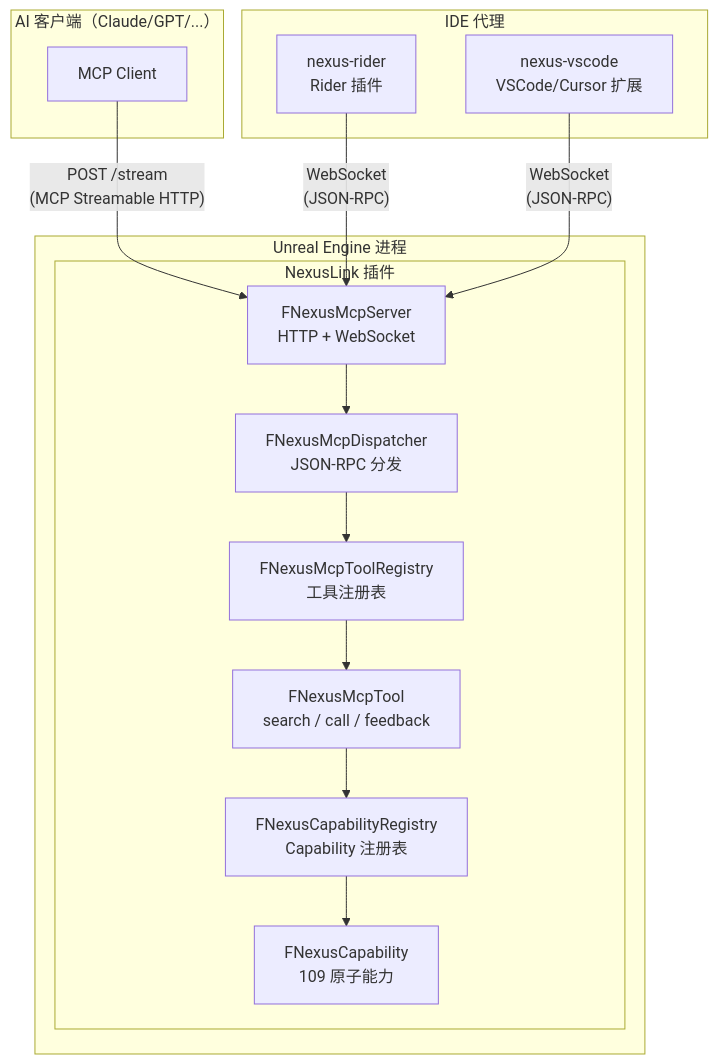
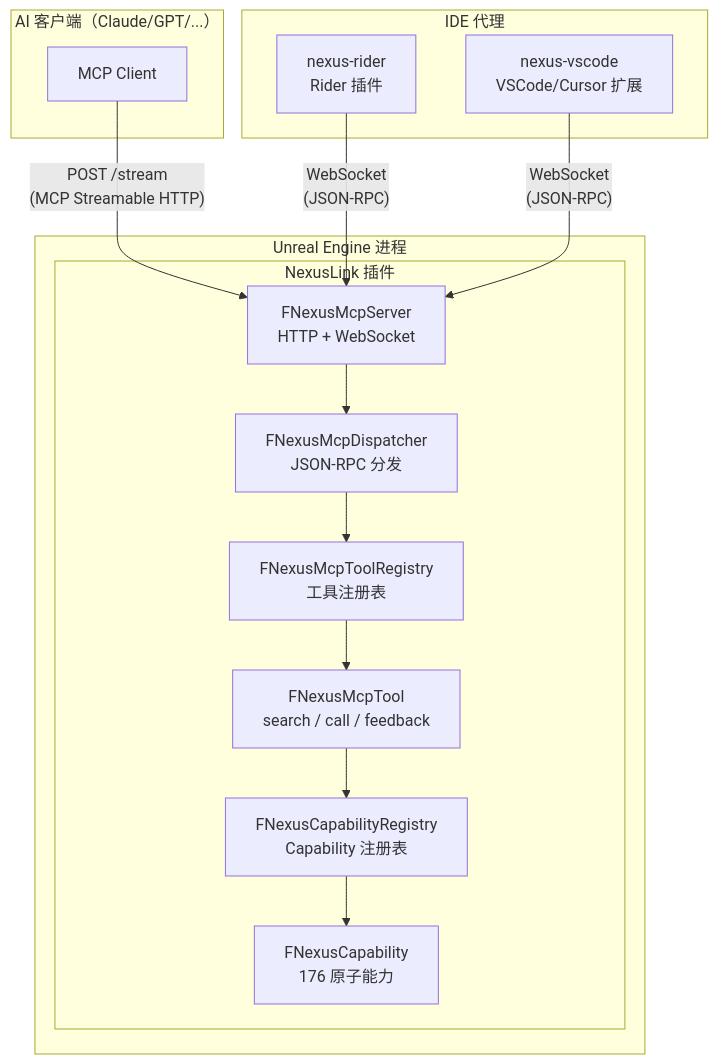
Before and after one commit to bytepine/NexusLink: the first of 6 diagrams in docs/architecture.md, drawn with Mermaid. The commit also changed other lines of this file and 4 other files, not shown here.

````diff
--- a/docs/architecture.md
+++ b/docs/architecture.md
@@ -5,31 +5,31 @@
 ```mermaid
 graph TB
     subgraph AI["AI 客户端（Claude/GPT/...）"]
         MCP_Client[MCP Client]
     end
 
     subgraph IDE["IDE 代理"]
         Rider[nexus-rider<br>Rider 插件]
         VSCode[nexus-vscode<br>VSCode/Cursor 扩展]
     end
 
     subgraph UE["Unreal Engine 进程"]
         subgraph NexusLink["NexusLink 插件"]
             Server[FNexusMcpServer<br>HTTP + WebSocket]
             Dispatcher[FNexusMcpDispatcher<br>JSON-RPC 分发]
             ToolRegistry[FNexusMcpToolRegistry<br>工具注册表]
             CapRegistry[FNexusCapabilityRegistry<br>Capability 注册表]
             Tools[FNexusMcpTool<br>search / call / feedback]
-            Caps[FNexusCapability<br>109 原子能力]
+            Caps[FNexusCapability<br>176 原子能力]
         end
     end
 
     MCP_Client -->|"POST /stream<br>(MCP Streamable HTTP)"| Server
     Rider -->|"WebSocket<br>(JSON-RPC)"| Server
     VSCode -->|"WebSocket<br>(JSON-RPC)"| Server
     Server --> Dispatcher
     Dispatcher --> ToolRegistry
     ToolRegistry --> Tools
     Tools --> CapRegistry
     CapRegistry --> Caps
 ```
````
